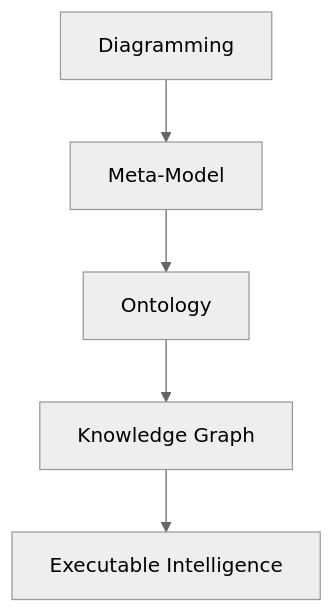
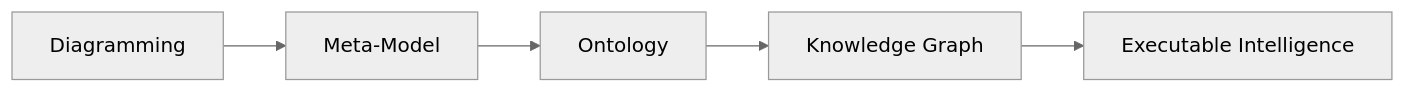
The first of 3 diagrams in ebook/ch01.md (yasenstar/protege_pizza), drawn with Mermaid (neutral theme) before and after one commit. The commit also changed other lines of this file and 6 other files, not shown here.

Commit message:
fix mermaid chart

````diff
--- a/ebook/ch01.md
+++ b/ebook/ch01.md
@@ -94,5 +94,5 @@
 ```mermaid
-flowchart TD
+graph LR
 A[Diagramming] --> B[Meta-Model] --> C[Ontology]
 C --> D[Knowledge Graph] --> E[Executable Intelligence]
 ```
````
